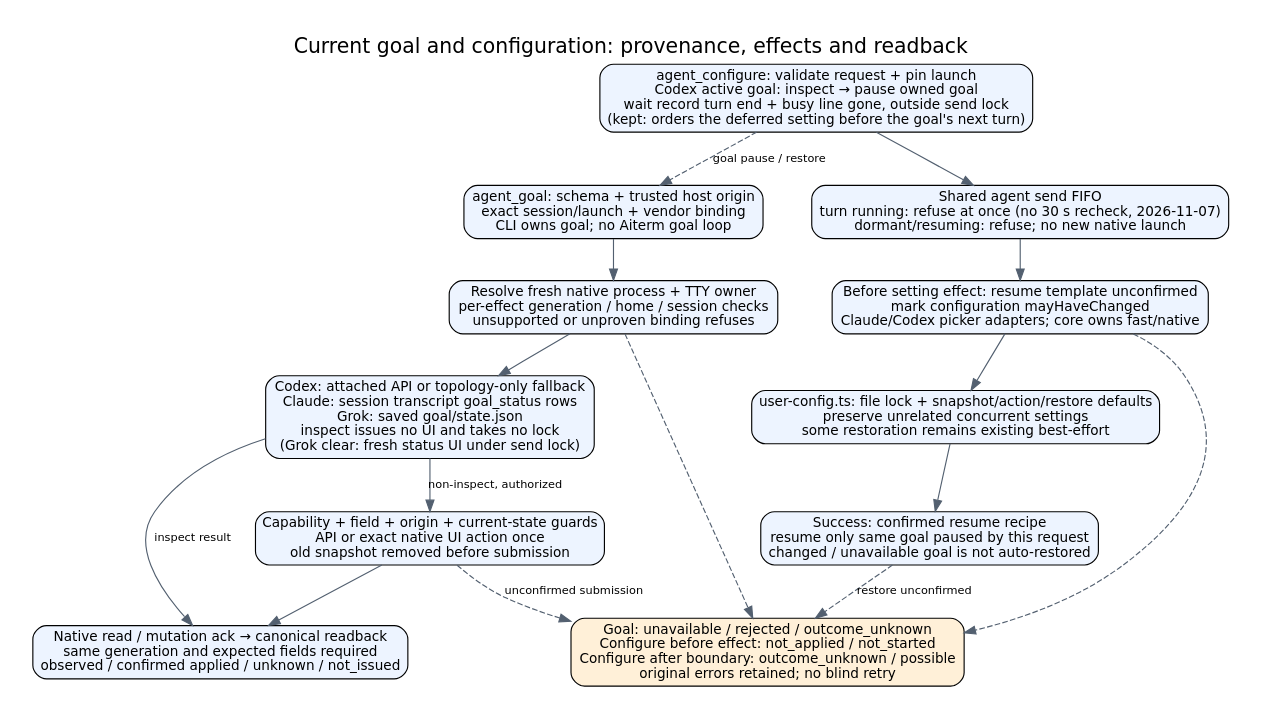
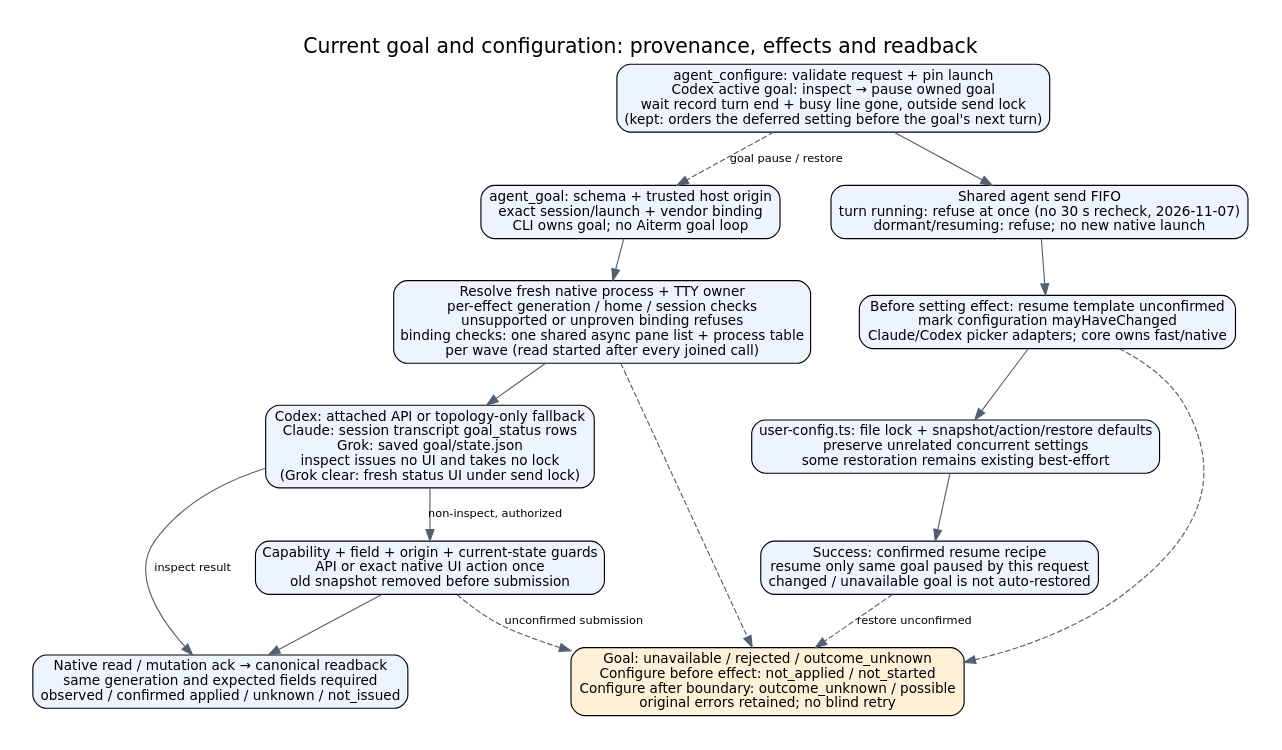
The diagram in docs/architecture/goal-configuration.dot (kitepon/aiterm-mcp), drawn with Graphviz before and after one commit. The commit also changed 10 other files, not shown here.

```diff
--- a/docs/architecture/goal-configuration.dot
+++ b/docs/architecture/goal-configuration.dot
@@ -1,19 +1,19 @@
 digraph configuration {
  graph [rankdir=TB,bgcolor="white",pad=0.3,nodesep=0.6,ranksep=0.5,label="Current goal and configuration: provenance, effects and readback",labelloc=t,fontname="DejaVu Sans",fontsize=18];
  node [shape=box,style="rounded,filled",fillcolor="#edf4ff",fontname="DejaVu Sans",fontsize=12];
  edge [fontname="DejaVu Sans",fontsize=10,color="#536070"];
  goal [label="agent_goal: schema + trusted host origin\nexact session/launch + vendor binding\nCLI owns goal; no Aiterm goal loop"];
- target [label="Resolve fresh native process + TTY owner\nper-effect generation / home / session checks\nunsupported or unproven binding refuses"];
+ target [label="Resolve fresh native process + TTY owner\nper-effect generation / home / session checks\nunsupported or unproven binding refuses\nbinding checks: one shared async pane list + process table\nper wave (read started after every joined call)"];
  read [label="Codex: attached API or topology-only fallback\nClaude: session transcript goal_status rows\nGrok: saved goal/state.json\ninspect issues no UI and takes no lock\n(Grok clear: fresh status UI under send lock)"];
  mutate [label="Capability + field + origin + current-state guards\nAPI or exact native UI action once\nold snapshot removed before submission"];
  readback [label="Native read / mutation ack → canonical readback\nsame generation and expected fields required\nobserved / confirmed applied / unknown / not_issued"];
  config [label="agent_configure: validate request + pin launch\nCodex active goal: inspect → pause owned goal\nwait record turn end + busy line gone, outside send lock\n(kept: orders the deferred setting before the goal's next turn)"];
  lock [label="Shared agent send FIFO\nturn running: refuse at once (no 30 s recheck, 2026-11-07)\ndormant/resuming: refuse; no new native launch"];
  before [label="Before setting effect: resume template unconfirmed\nmark configuration mayHaveChanged\nClaude/Codex picker adapters; core owns fast/native"];
  defaults [label="user-config.ts: file lock + snapshot/action/restore defaults\npreserve unrelated concurrent settings\nsome restoration remains existing best-effort"];
  restore [label="Success: confirmed resume recipe\nresume only same goal paused by this request\nchanged / unavailable goal is not auto-restored"];
  fail [label="Goal: unavailable / rejected / outcome_unknown\nConfigure before effect: not_applied / not_started\nConfigure after boundary: outcome_unknown / possible\noriginal errors retained; no blind retry",fillcolor="#fff0d8"];
  goal -> target;target -> read;read -> mutate [label="non-inspect, authorized"];mutate -> readback;read -> readback [label="inspect result"];
  config -> lock;lock -> before;before -> defaults;defaults -> restore;
  config -> goal [style=dashed,label="goal pause / restore"];before -> fail [style=dashed];restore -> fail [style=dashed,label="restore unconfirmed"];target -> fail [style=dashed];mutate -> fail [style=dashed,label="unconfirmed submission"];
 }
```
